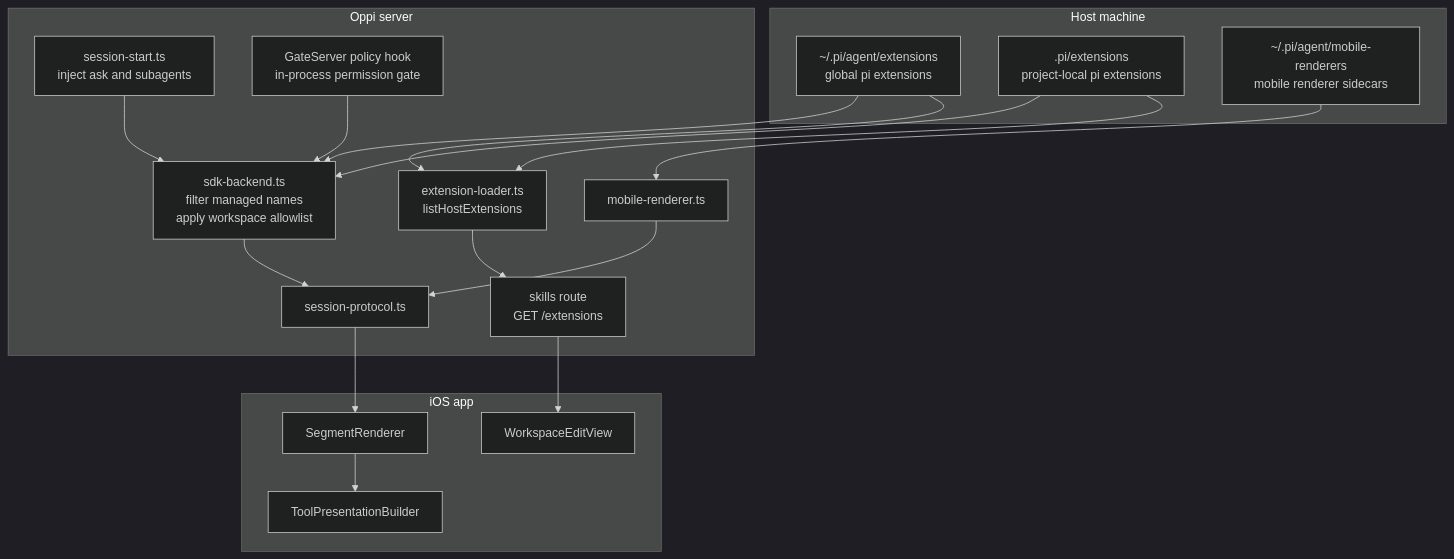
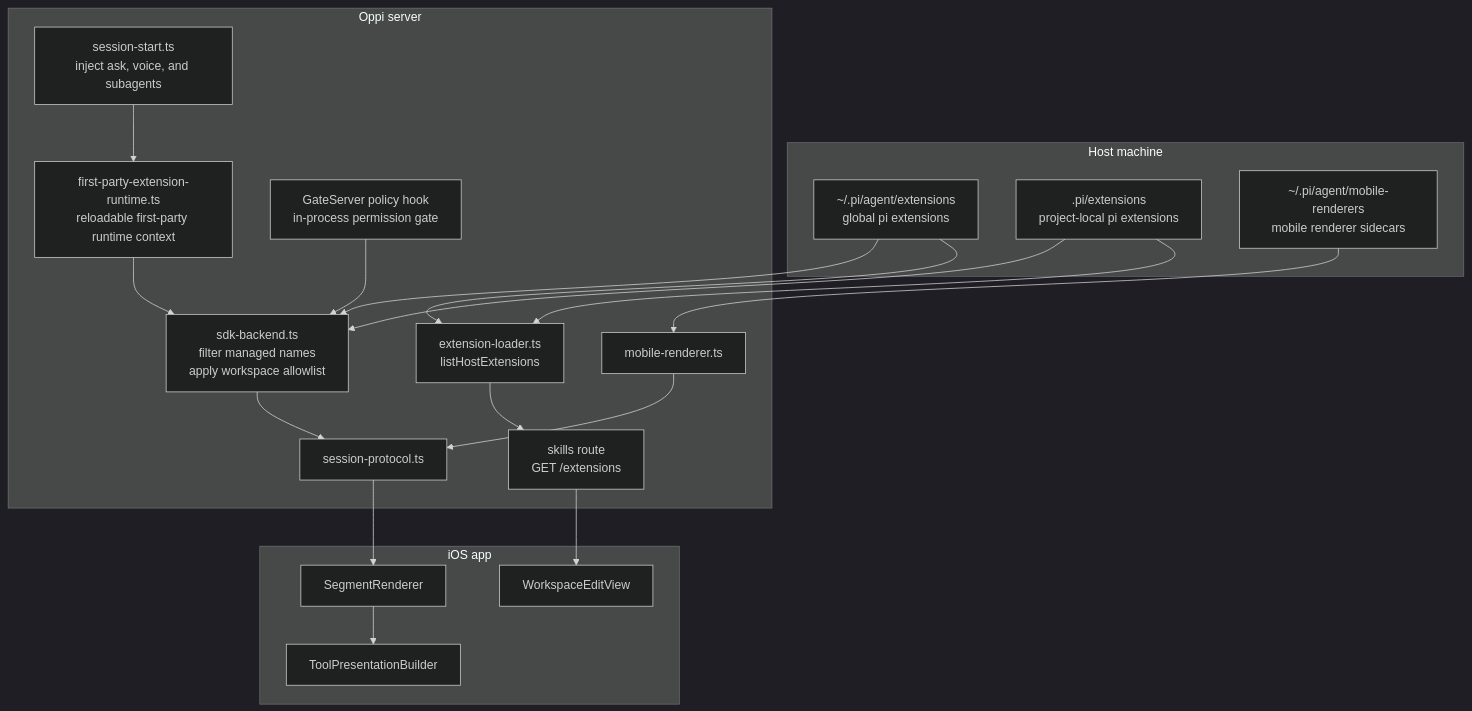
The diagram in docs/extensions.md (duh17/oppi), drawn with Mermaid (dark theme) before and after one commit. The commit also changed other lines of this file and 15 other files, not shown here.

````diff
--- a/docs/extensions.md
+++ b/docs/extensions.md
@@ -22,34 +22,35 @@
 ```mermaid
 flowchart TD
   subgraph Host[Host machine]
     GE[~/.pi/agent/extensions\nglobal pi extensions]
     PE[.pi/extensions\nproject-local pi extensions]
     MR[~/.pi/agent/mobile-renderers\nmobile renderer sidecars]
   end
 
   subgraph Server[Oppi server]
     EL[extension-loader.ts\nlistHostExtensions]
     SR[skills route\nGET /extensions]
-    SS[session-start.ts\ninject ask and subagents]
+    SS[session-start.ts\ninject ask, voice, and subagents]
+    FR[first-party-extension-runtime.ts\nreloadable first-party runtime context]
     SB[sdk-backend.ts\nfilter managed names\napply workspace allowlist]
     PG[GateServer policy hook\nin-process permission gate]
     MRR[mobile-renderer.ts]
     SP[session-protocol.ts]
   end
 
   subgraph iOS[iOS app]
     WE[WorkspaceEditView]
     SEG[SegmentRenderer]
     TP[ToolPresentationBuilder]
   end
 
   GE --> EL
   PE --> EL
   EL --> SR --> WE
   GE --> SB
   PE --> SB
-  SS --> SB
+  SS --> FR --> SB
   PG --> SB
   MR --> MRR --> SP --> SEG --> TP
   SB --> SP
 ```
````
